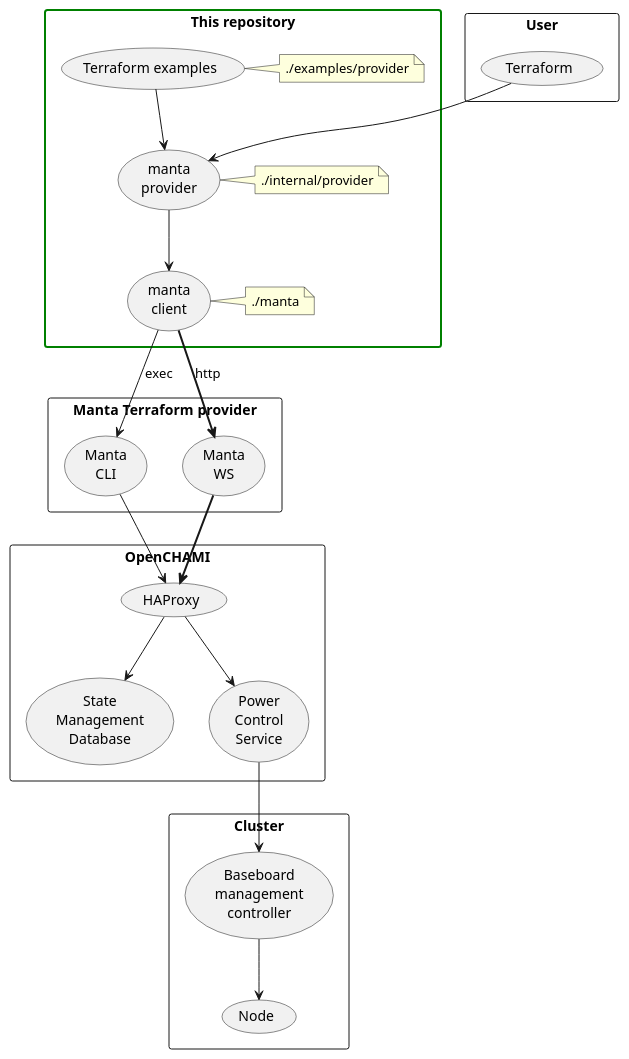
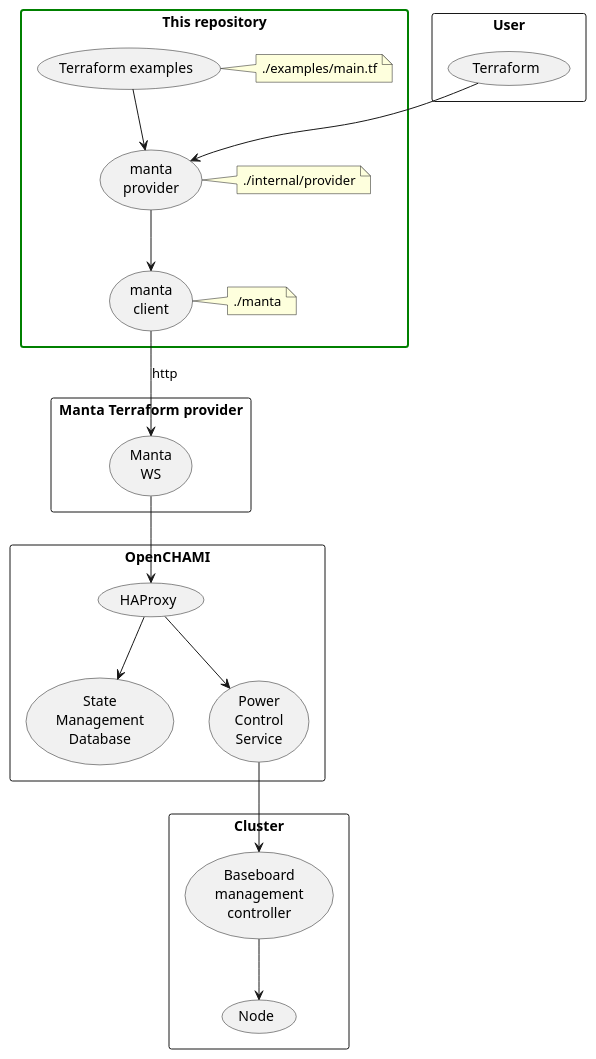
Before and after one commit to eth-cscs/terraform-provider-manta: the diagram in assets/deployment-terraform-provider-manta.plantuml, drawn with PlantUML. The commit also changed 1 other file, not shown here.

Commit message:
chore(diagram): remove manta cli

```diff
--- a/assets/deployment-terraform-provider-manta.plantuml
+++ b/assets/deployment-terraform-provider-manta.plantuml
@@ -1,44 +1,41 @@
 @startuml
 
 rectangle pc as "User" {
   (terraform) as "Terraform"
 }
 
 rectangle repo as "This repository" #line.bold;line:green {
   (terraform_examples) as "Terraform examples"
-  note right of terraform_examples: ./examples/provider
+  note right of terraform_examples: ./examples/main.tf
   (terraform_manta_provider) as "manta\nprovider"
   note right of terraform_manta_provider: ./internal/provider
   (terraform_manta_client) as "manta\nclient"
   note right of terraform_manta_client: ./manta
 }
 
 rectangle manta_terraform_provider as "Manta Terraform provider" {
-  (mantacli) as "Manta\nCLI"
   (mantaws) as "Manta\nWS"
 }
 
 rectangle openchami as "OpenCHAMI" {
   (smd) as "State\nManagement\nDatabase"
   (pcs) as "Power\nControl\nService"
   (haproxy) as "HAProxy"
 }
 
 rectangle cluster as "Cluster" {
   (bmc) as "Baseboard\nmanagement\ncontroller"
   (node) as "Node"
 }
 
 terraform --> terraform_manta_provider
 terraform_examples --> terraform_manta_provider
 terraform_manta_provider --> terraform_manta_client
-terraform_manta_client --> mantacli : exec
-terraform_manta_client --> mantaws #line.bold : http
-mantacli --> haproxy
-mantaws --> haproxy #line.bold
+terraform_manta_client --> mantaws : http
+mantaws --> haproxy
 haproxy --> smd
 haproxy --> pcs
 pcs --> bmc
 bmc --> node
 
 @enduml
```
